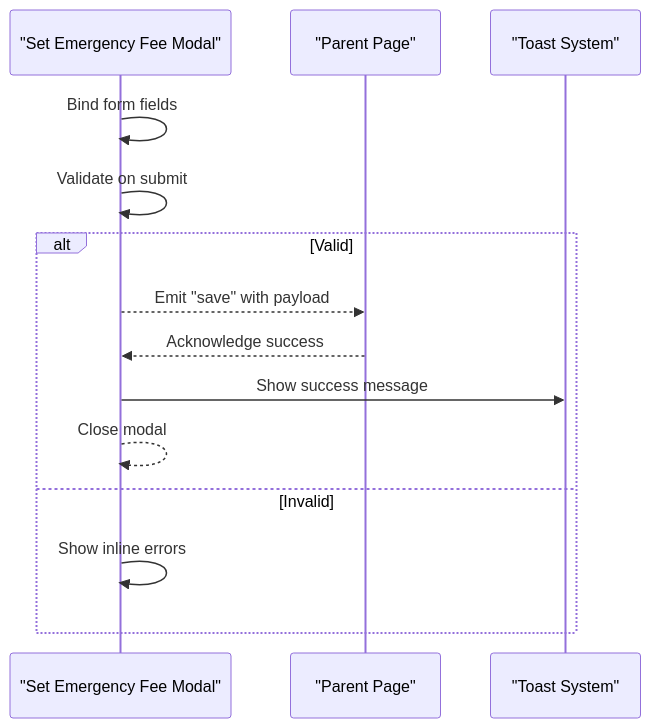
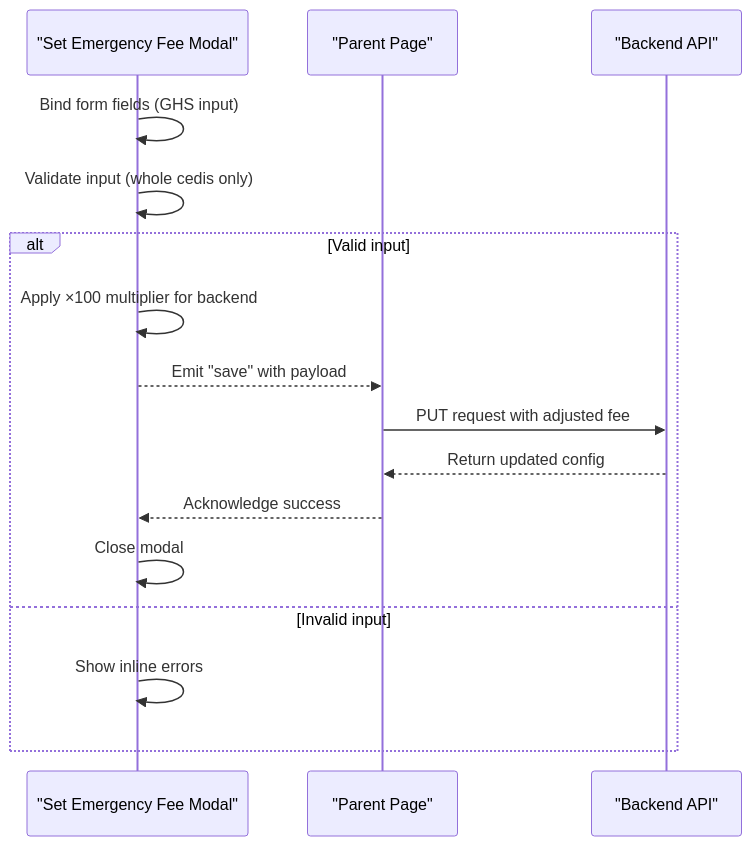
The fourth of 7 diagrams in .qoder/repowiki/en/content/Business Modules/Emergency Fee Management.md (Lazynerd-Studios/lacarte-atlas-console), drawn with Mermaid before and after one commit. The commit also changed other lines of this file and 3 other files, not shown here.

````diff
--- a/.qoder/repowiki/en/content/Business Modules/Emergency Fee Management.md
+++ b/.qoder/repowiki/en/content/Business Modules/Emergency Fee Management.md
@@ -150,16 +180,18 @@
 ```mermaid
 sequenceDiagram
 participant Modal as "Set Emergency Fee Modal"
 participant Parent as "Parent Page"
-participant Toast as "Toast System"
-Modal->>Modal : Bind form fields
-Modal->>Modal : Validate on submit
-alt Valid
+participant Backend as "Backend API"
+Modal->>Modal : Bind form fields (GHS input)
+Modal->>Modal : Validate input (whole cedis only)
+alt Valid input
+Modal->>Modal : Apply ×100 multiplier for backend
 Modal-->>Parent : Emit "save" with payload
+Parent->>Backend : PUT request with adjusted fee
+Backend-->>Parent : Return updated config
 Parent-->>Modal : Acknowledge success
-Modal->>Toast : Show success message
-Modal-->>Modal : Close modal
-else Invalid
+Modal->>Modal : Close modal
+else Invalid input
 Modal->>Modal : Show inline errors
 end
 ```
````
